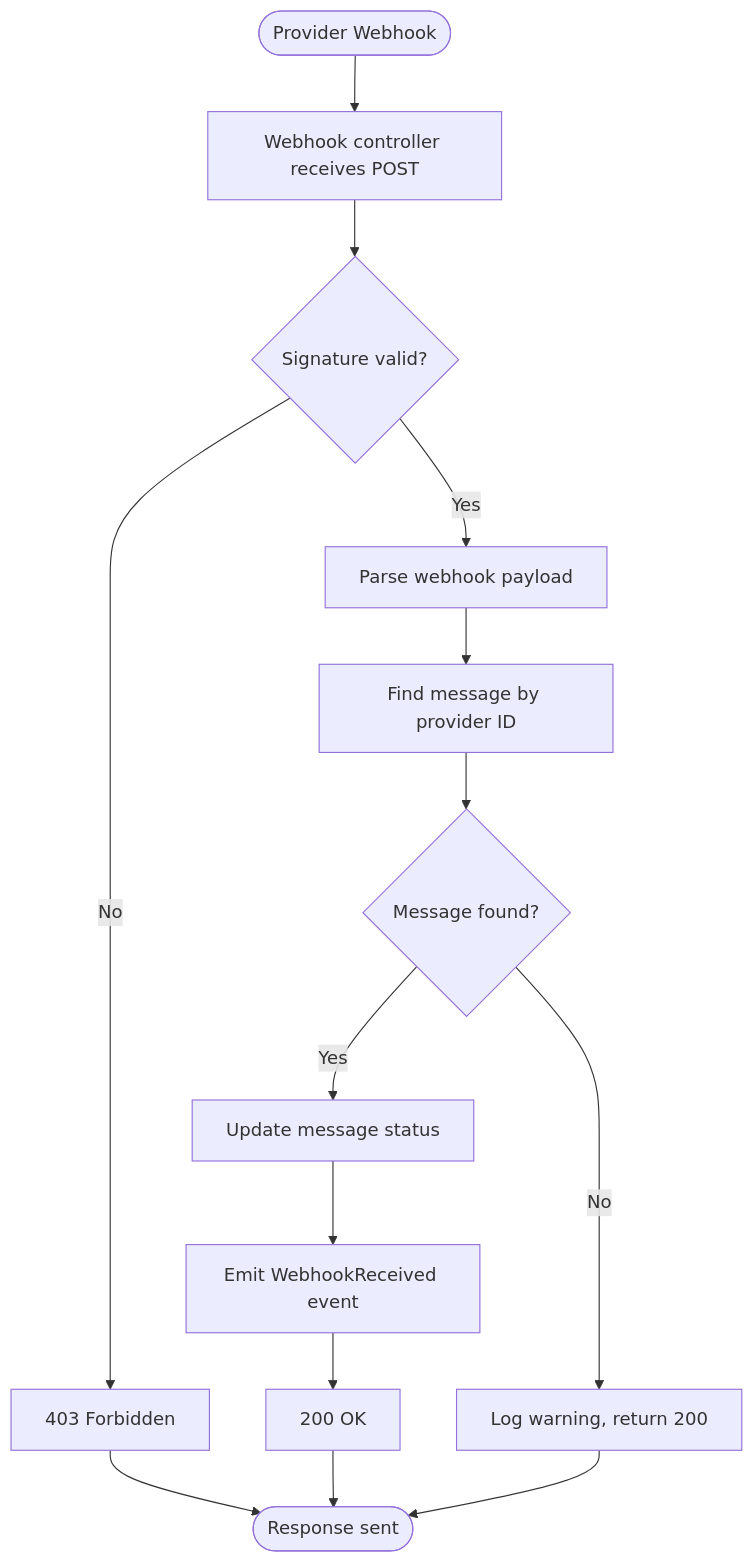
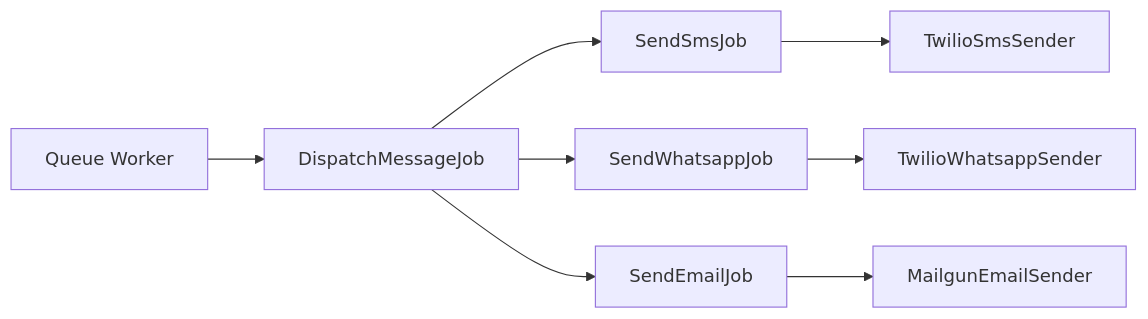
The second of 3 diagrams in doc/business-logic-and-core-processes.md (EquidnaMX/bird-flock), drawn with Mermaid before and after one commit. The commit also changed other lines of this file and 16 other files, not shown here.

````diff
--- a/doc/business-logic-and-core-processes.md
+++ b/doc/business-logic-and-core-processes.md
@@ -342,16 +58,10 @@
 ```mermaid
-flowchart TD
-    Start([Provider Webhook]) --> Receive[Webhook controller receives POST]
-    Receive --> ValidateSignature{Signature valid?}
-    ValidateSignature -->|No| Reject[403 Forbidden]
-    ValidateSignature -->|Yes| ParsePayload[Parse webhook payload]
-    ParsePayload --> FindMessage[Find message by provider ID]
-    FindMessage --> Found{Message found?}
-    Found -->|No| LogWarning[Log warning, return 200]
-    Found -->|Yes| UpdateStatus[Update message status]
-    UpdateStatus --> EmitEvent[Emit WebhookReceived event]
-    EmitEvent --> Success[200 OK]
-    Reject --> End([Response sent])
-    Success --> End
-    LogWarning --> End
+flowchart LR
+  W[Queue Worker] --> DJ[DispatchMessageJob]
+  DJ --> SJ[SendSmsJob]
+  DJ --> WJ[SendWhatsappJob]
+  DJ --> EJ[SendEmailJob]
+  SJ --> TS[TwilioSmsSender]
+  WJ --> TW[TwilioWhatsappSender]
+  EJ --> MG[MailgunEmailSender]
 ```
````
